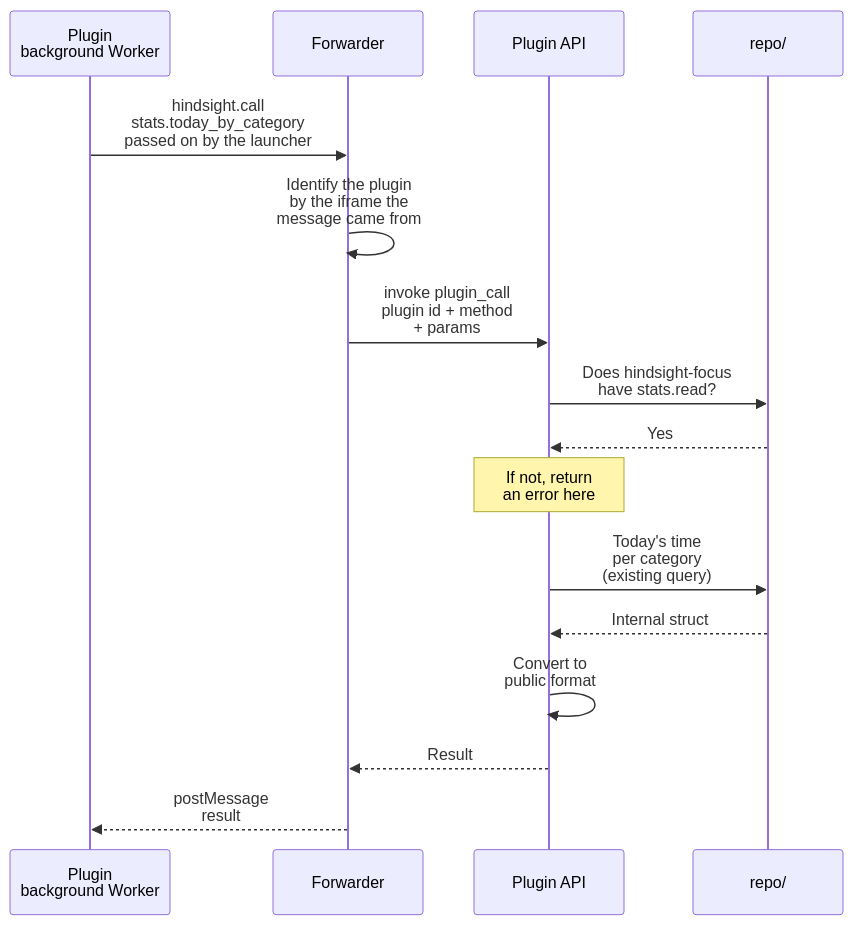
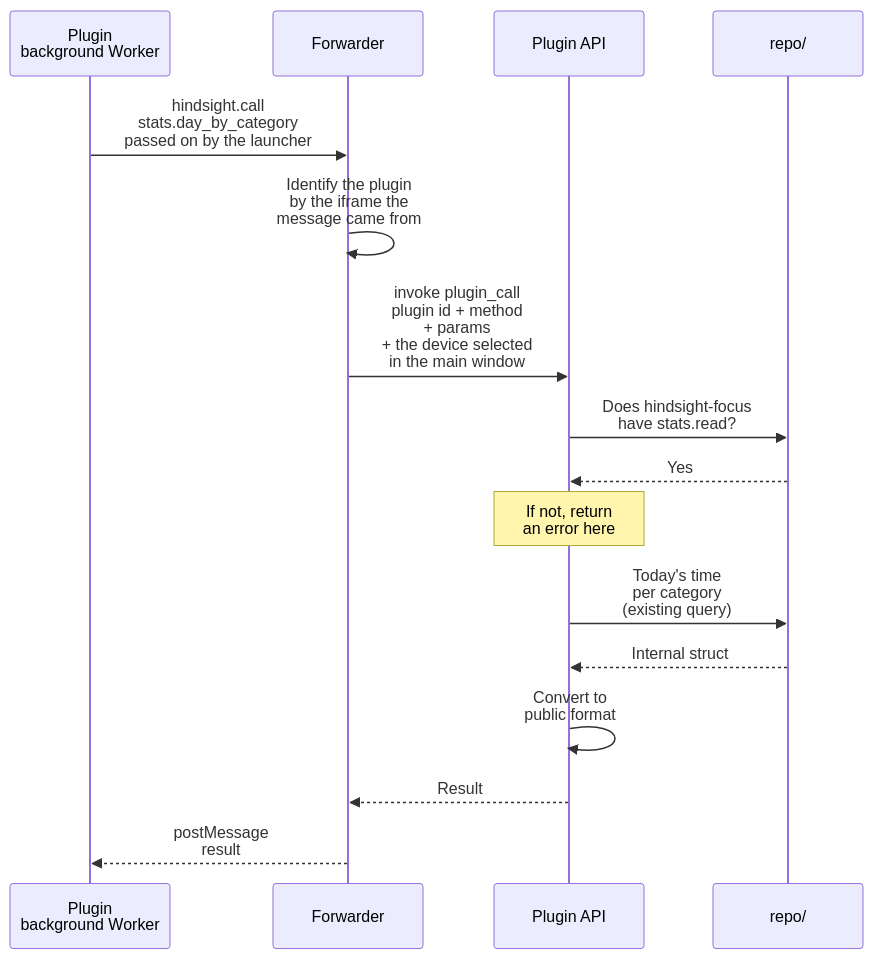
One commit to Tomotsugu-dev/Hindsight changed the diagram in docs/design/plugins/en/api.md. Above: the diagram before and after it, drawn with Mermaid. The commit also changed other lines of this file and 5 other files, not shown here.

````diff
--- a/docs/design/plugins/en/api.md
+++ b/docs/design/plugins/en/api.md
@@ -13,18 +13,18 @@
 ```mermaid
 sequenceDiagram
   participant P as Plugin<br/>background Worker
   participant B as Forwarder
   participant A as Plugin API
   participant R as repo/
-  P->>B: hindsight.call<br/>stats.today_by_category<br/>passed on by the launcher
+  P->>B: hindsight.call<br/>stats.day_by_category<br/>passed on by the launcher
   B->>B: Identify the plugin<br/>by the iframe the<br/>message came from
-  B->>A: invoke plugin_call<br/>plugin id + method<br/>+ params
+  B->>A: invoke plugin_call<br/>plugin id + method<br/>+ params<br/>+ the device selected<br/>in the main window
   A->>R: Does hindsight-focus<br/>have stats.read?
   R-->>A: Yes
   Note over A: If not, return<br/>an error here
   A->>R: Today's time<br/>per category<br/>(existing query)
   R-->>A: Internal struct
   A->>A: Convert to<br/>public format
   A-->>B: Result
   B-->>P: postMessage<br/>result
 ```
````
